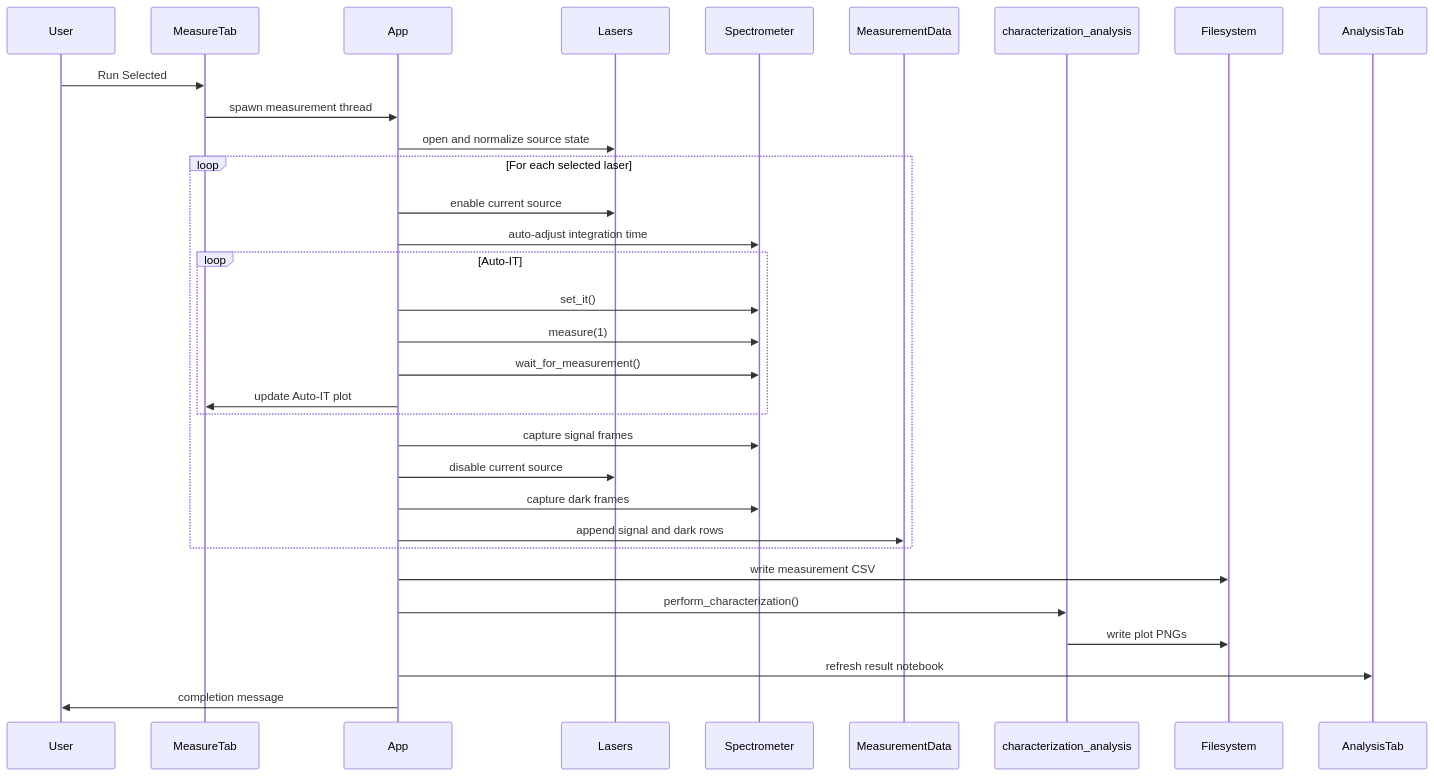
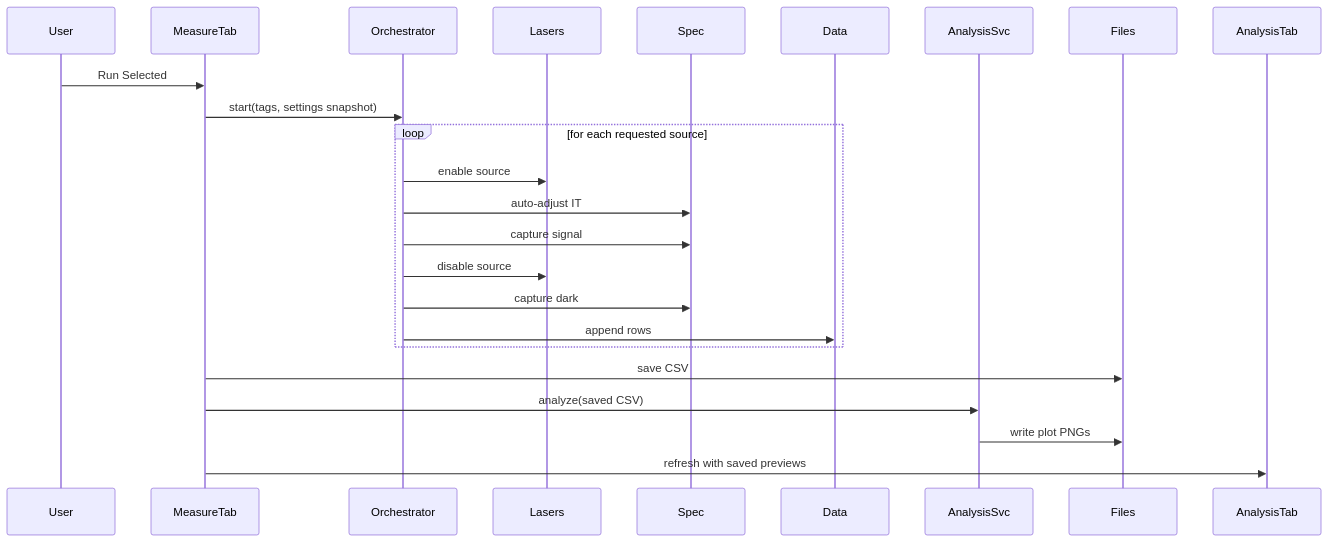
Before and after one commit to ashutoshjoshi1/SciLab-V3.2: the third of 3 diagrams in docs/system-design-document.md, drawn with Mermaid. The commit also changed other lines of this file, not shown here.

````diff
--- a/docs/system-design-document.md
+++ b/docs/system-design-document.md
@@ -301,38 +236,29 @@
 ```mermaid
 sequenceDiagram
     participant User
     participant MeasureTab
-    participant App
+    participant Orchestrator
     participant Lasers
-    participant Spec as Spectrometer
-    participant Data as MeasurementData
-    participant Analysis as characterization_analysis
-    participant FS as Filesystem
+    participant Spec
+    participant Data
+    participant AnalysisSvc
+    participant Files
     participant AnalysisTab
 
     User->>MeasureTab: Run Selected
-    MeasureTab->>App: spawn measurement thread
-    App->>Lasers: open and normalize source state
+    MeasureTab->>Orchestrator: start(tags, settings snapshot)
 
-    loop For each selected laser
-        App->>Lasers: enable current source
-        App->>Spec: auto-adjust integration time
-        loop Auto-IT
-            App->>Spec: set_it()
-            App->>Spec: measure(1)
-            App->>Spec: wait_for_measurement()
-            App->>MeasureTab: update Auto-IT plot
-        end
-
-        App->>Spec: capture signal frames
-        App->>Lasers: disable current source
-        App->>Spec: capture dark frames
-        App->>Data: append signal and dark rows
+    loop for each requested source
+        Orchestrator->>Lasers: enable source
+        Orchestrator->>Spec: auto-adjust IT
+        Orchestrator->>Spec: capture signal
+        Orchestrator->>Lasers: disable source
+        Orchestrator->>Spec: capture dark
+        Orchestrator->>Data: append rows
     end
 
-    App->>FS: write measurement CSV
-    App->>Analysis: perform_characterization()
-    Analysis->>FS: write plot PNGs
-    App->>AnalysisTab: refresh result notebook
-    App->>User: completion message
+    MeasureTab->>Files: save CSV
+    MeasureTab->>AnalysisSvc: analyze(saved CSV)
+    AnalysisSvc->>Files: write plot PNGs
+    MeasureTab->>AnalysisTab: refresh with saved previews
 ```
````
